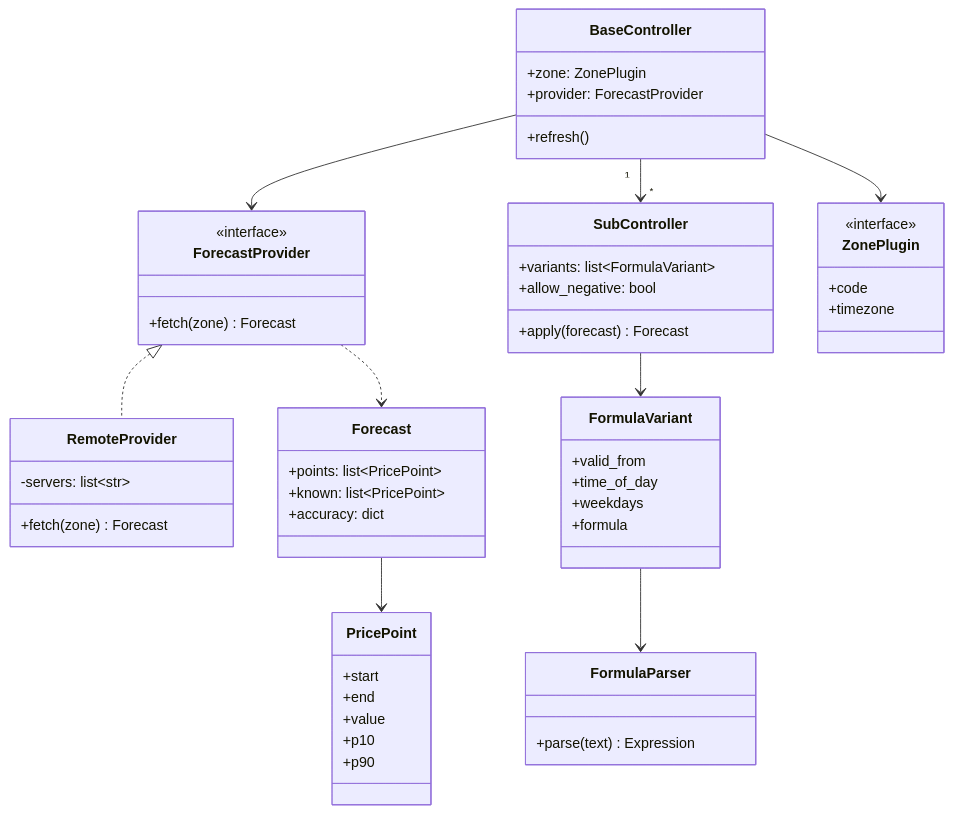
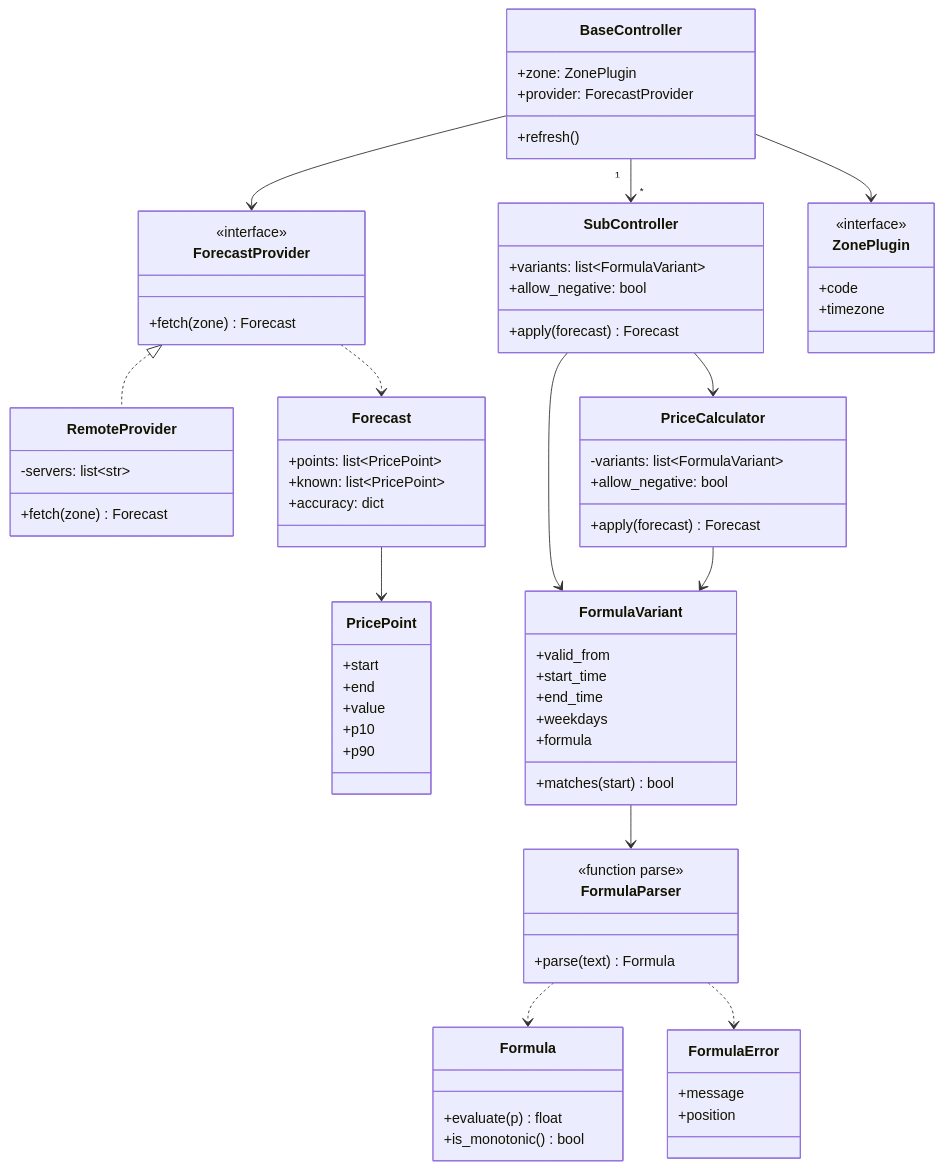
One commit to abroeders/7day-ahead-price-forecast changed the first of 2 diagrams in docs/architecture.md. Above: the diagram before and after it, drawn with Mermaid. The commit also changed 7 other files, not shown here.

Commit message:
feat(core): formula parser, variants and price calculator (#2)

````diff
--- a/docs/architecture.md
+++ b/docs/architecture.md
@@ -7,55 +7,75 @@
 ```mermaid
 classDiagram
   class ForecastProvider {
     <<interface>>
     +fetch(zone) Forecast
   }
   class RemoteProvider {
     -servers: list~str~
     +fetch(zone) Forecast
   }
   class Forecast {
     +points: list~PricePoint~
     +known: list~PricePoint~
     +accuracy: dict
   }
   class PricePoint {
     +start
     +end
     +value
     +p10
     +p90
   }
+  class Formula {
+    +evaluate(p) float
+    +is_monotonic() bool
+  }
   class FormulaParser {
-    +parse(text) Expression
+    <<function parse>>
+    +parse(text) Formula
+  }
+  class FormulaError {
+    +message
+    +position
+  }
+  class PriceCalculator {
+    -variants: list~FormulaVariant~
+    +allow_negative: bool
+    +apply(forecast) Forecast
   }
   class FormulaVariant {
     +valid_from
-    +time_of_day
+    +start_time
+    +end_time
     +weekdays
     +formula
+    +matches(start) bool
   }
   class SubController {
     +variants: list~FormulaVariant~
     +allow_negative: bool
     +apply(forecast) Forecast
   }
   class BaseController {
     +zone: ZonePlugin
     +provider: ForecastProvider
     +refresh()
   }
   class ZonePlugin {
     <<interface>>
     +code
     +timezone
   }
   ForecastProvider <|.. RemoteProvider
   BaseController --> ForecastProvider
   BaseController --> ZonePlugin
   BaseController "1" --> "*" SubController
   SubController --> FormulaVariant
   FormulaVariant --> FormulaParser
+  FormulaParser ..> Formula
+  FormulaParser ..> FormulaError
+  PriceCalculator --> FormulaVariant
+  SubController --> PriceCalculator
   ForecastProvider ..> Forecast
   Forecast --> PricePoint
 ```
````
